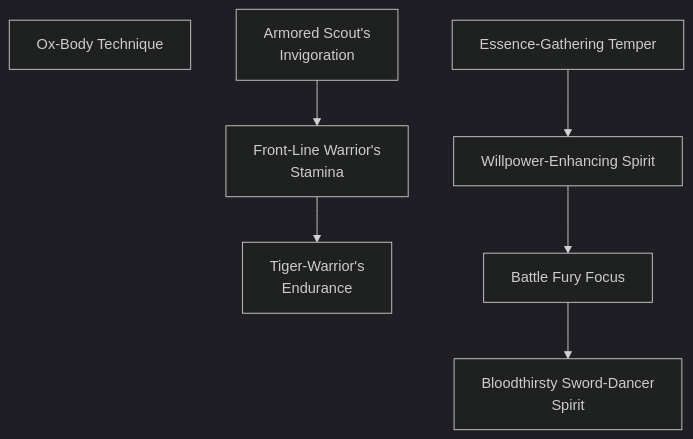
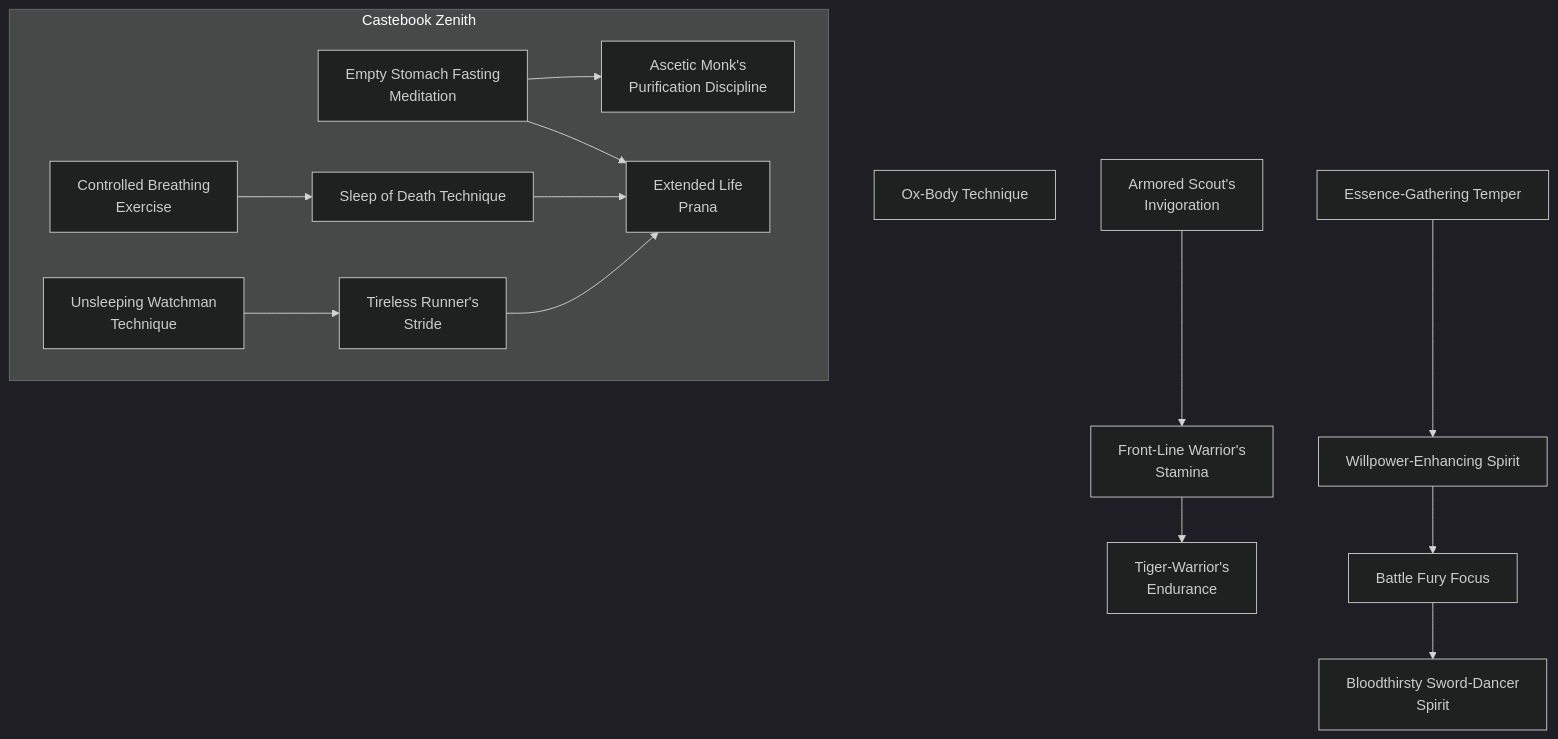
One commit to jrobichaud/exalted-charms-1e changed the diagram in docs/mermaid/solar/zenith_endurance.mmd. Above: the diagram before and after it, drawn with Mermaid. The commit also changed 5 other files, not shown here.

Commit message:
Castebook Zenith

```diff
--- a/docs/mermaid/solar/zenith_endurance.mmd
+++ b/docs/mermaid/solar/zenith_endurance.mmd
@@ -204,3 +204,175 @@
         down, she is almost certain to lash out at the unrecognizable
         blur obstructing her from slaying her target.
         "
+
+    subgraph Castebook Zenith
+        empty_stomach_fasting_meditation[Empty Stomach Fasting<br>Meditation]
+        click empty_stomach_fasting_meditation callback "
+            Empty Stomach Fasting Meditation<br>
+            <br>
+            Cost: 1 mote<br>
+            Duration: One day<br>
+            Type: Simple<br>
+            Minimum Endurance: 1<br>
+            Minimum Essence: 1<br>
+            Prerequisite Charms: None<br>
+            <br>
+            The constitutions of Exalted are far more resilient
+            than those of mere mortals, yet even the Chosen must
+            eat. Through the use of this Charm, an Exalted may
+            eliminate her need to eat for a single day. Activation of
+            this Charm takes the normal investment of Essence and
+            meditation for one-quarter hour. Use of this Charm
+            does not alleviate the need to drink water. The Charm
+            may be used for up to 40 days in a row without penalty.
+            Afterward, the Chosen must eat and drink normally for
+            three days in a row. This Charm will not work again
+            until the Chosen has so eaten.
+            "
+
+        ascetic_monks_purification_discipline[Ascetic Monk's<br>Purification Discipline]
+        empty_stomach_fasting_meditation --> ascetic_monks_purification_discipline
+        click ascetic_monks_purification_discipline callback "
+            Ascetic Monk's Purification Discipline<br>
+            <br>
+            Cost: 10 motes<br>
+            Duration: Three days<br>
+            Type: Simple<br>
+            Minimum Endurance: 3<br>
+            Minimum Essence: 3<br>
+            Prerequisite Charms: Empty Stomach Fasting Meditation<br>
+            <br>
+            In the harsh conditions of the wilderness, even fresh
+            water can be hard to come by. The Exalted who has
+            mastered this Charm can go without food and water for
+            three days. Activation of this Charm takes the normal
+            investment of Essence and meditation for a full hour. The
+            Exalt must eat and drink normally for at least one day
+            before this Charm can be used again.
+            "
+
+        controlled_breathing_exercise[Controlled Breathing<br>Exercise]
+        click controlled_breathing_exercise callback "
+            Controlled Breathing Exercise<br>
+            <br>
+            Cost: 5 motes<br>
+            Duration: One scene<br>
+            Type: Simple<br>
+            Minimum Endurance: 2<br>
+            Minimum Essence: 2<br>
+            Prerequisite Charms: None<br>
+            <br>
+            The Exalted uses Essence to reduce his need for
+            breathing. Once the Charm is activated, the Chosen need
+            not breath until the scene is over, as long as he does nor
+            speak and only attempts simple actions. Each turn the
+            Exalted attempts a complicated action, including combat,
+            he must make a reflexive Stamina + Endurance roll to
+            avoid breathing. Obviously, this Charm is of great use in
+            poisoned environments.
+            "
+
+        sleep_of_death_technique[Sleep of Death Technique]
+        controlled_breathing_exercise --> sleep_of_death_technique
+        click sleep_of_death_technique callback "
+            Sleep of Death Technique<br>
+            <br>
+            Cost: 15 motes<br>
+            Duration: Special<br>
+            Type: Simple<br>
+            Minimum Endurance: 4<br>
+            Minimum Essence: 4<br>
+            Prerequisite Charms: Controlled Breathing Exercise<br>
+            <br>
+            Through the use of this Charm, an Exalted can give
+            the illusion of death. Her heartbeat slows to
+            imperceptibility, and she does not breath. To every mortal
+            inspection, the Chosen is dead. The Exalted can remain in
+            this state for as long as she chooses, but the Charm does not
+            remove the need to eat or drink, putting a practical limit
+            on its use without the invocation of additional Charms.
+            "
+
+        unsleeping_watchman_technique[Unsleeping Watchman<br>Technique]
+        click unsleeping_watchman_technique callback "
+            Unsleeping Watchman Technique<br>
+            <br>
+            Cost: 5 motes<br>
+            Duration: One night<br>
+            Type: Simple<br>
+            Minimum Endurance: 2<br>
+            Minimum Essence: 2<br>
+            Prerequisite Charms: None<br>
+            <br>
+            Even the most careful of Exalted must sleep sometime,
+            and it is when they sleep that they are most vulnerable.
+            The use of this Charm replaces the need for a night's sleep
+            with spent Essence, allowing the Exalt to act without
+            penalty both day and night. There is no limitation on the
+            number of concurrent days on which the Charm may be
+            used. However, each night that Unsleeping Watchman
+            Technique is invoked is a night without dreaming. After
+            a number of consecutive days equal to the Chosen's
+            Stamina + Endurance, the Exalted will begin to experience
+            waking dreams, seeing and hearing weird, seemingly
+            disconnected objects and sounds. Mechanically, the distraction
+            of these hallucinations will cause the character to
+            suffer a one die penalty on all checks. This penalty increases
+            by one day for each additional period of (Stamina
+            + Endurance) consecutive days.
+            "
+
+        tireless_runners_stride[Tireless Runner's<br>Stride]
+        unsleeping_watchman_technique --> tireless_runners_stride
+        click tireless_runners_stride callback "
+            Tireless Runner's Stride<br>
+            <br>
+            Cost: 10 motes<br>
+            Duration: Special<br>
+            Type: Simple<br>
+            Minimum Endurance: 3<br>
+            Minimum Essence: 3<br>
+            Prerequisite Charms: Unsleeping Watchman Technique<br>
+            <br>
+            An Exalted with Tireless Runner's Stride can run for
+            an extended period to complete her tasks. The Chosen
+            must have a specific target in mind when invoking the
+            Charm and must invest the Essence as normal. Afterward,
+            the Exalted can run without ceasing until her goal is
+            reached. She needs no sleep, nor does she need to perform
+            bodily functions. If a sufficient supply of food and water is
+            carried, the Exalted may eat and drink without stopping or
+            slowing her running speed. Her pace is tripled by the
+            investiture of Essence and by the lack of need to stop. If the
+            Exalted stops running, the Charm ends. This running
+            prevents the Exalt from regaining Essence naturally, just
+            like any other strenuous exercise. The Exalted must clearly
+            know the location she seeks to properly invoke this Charm.
+            "
+
+        extended_life_prana[Extended Life<br>Prana]
+        tireless_runners_stride --> extended_life_prana
+        empty_stomach_fasting_meditation --> extended_life_prana
+        sleep_of_death_technique --> extended_life_prana
+        click extended_life_prana callback "
+            Extended Life Prana<br>
+            <br>
+            Cost: None<br>
+            Duration: Permanent<br>
+            Type: Special<br>
+            Minimum Endurance: 7<br>
+            Minimum Essence: 7<br>
+            Prerequisite Charms: Empty Stomach Fasting Meditation, Sleep of Death Technique, Tireless Runner's Stride<br>
+            <br>
+            The Exalted who masters this Charm has his natural life
+            extended many times, staving off the reaper with his righteousness.
+            While the typical Solar Exalted lives for 2,000 to
+            3,000 years, this Charm extends his life to 5,000 to 7,000
+            years. The possessor of this Charm shows no sign of aging or
+            degradation of health until his very last days walking Creation.
+            This Charm offers no protection from damage or
+            disease, it merely extends the lifespan of the Chosen. In
+            addition to the prerequisites listed above, the Exalted must
+            have a rating of at least three in all of his Virtues.
+            "
+    end
```
